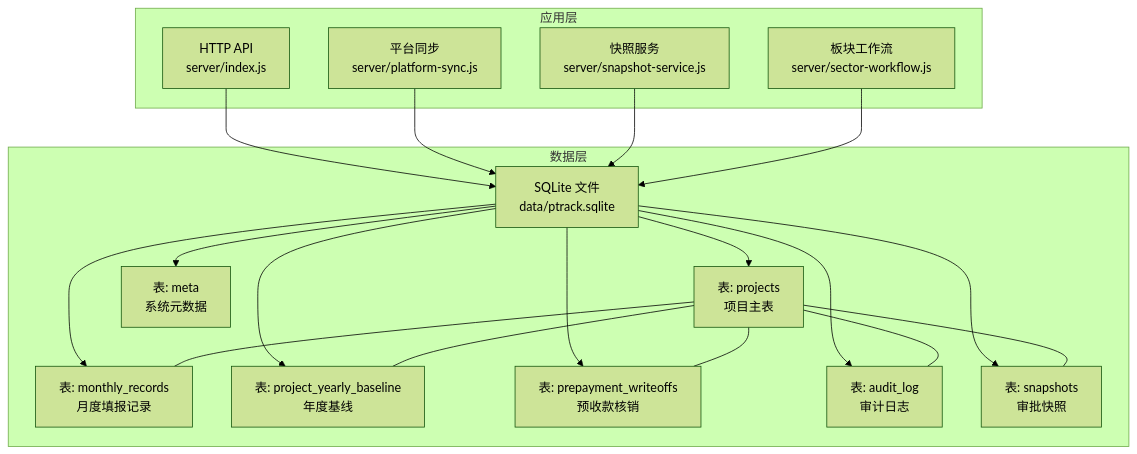
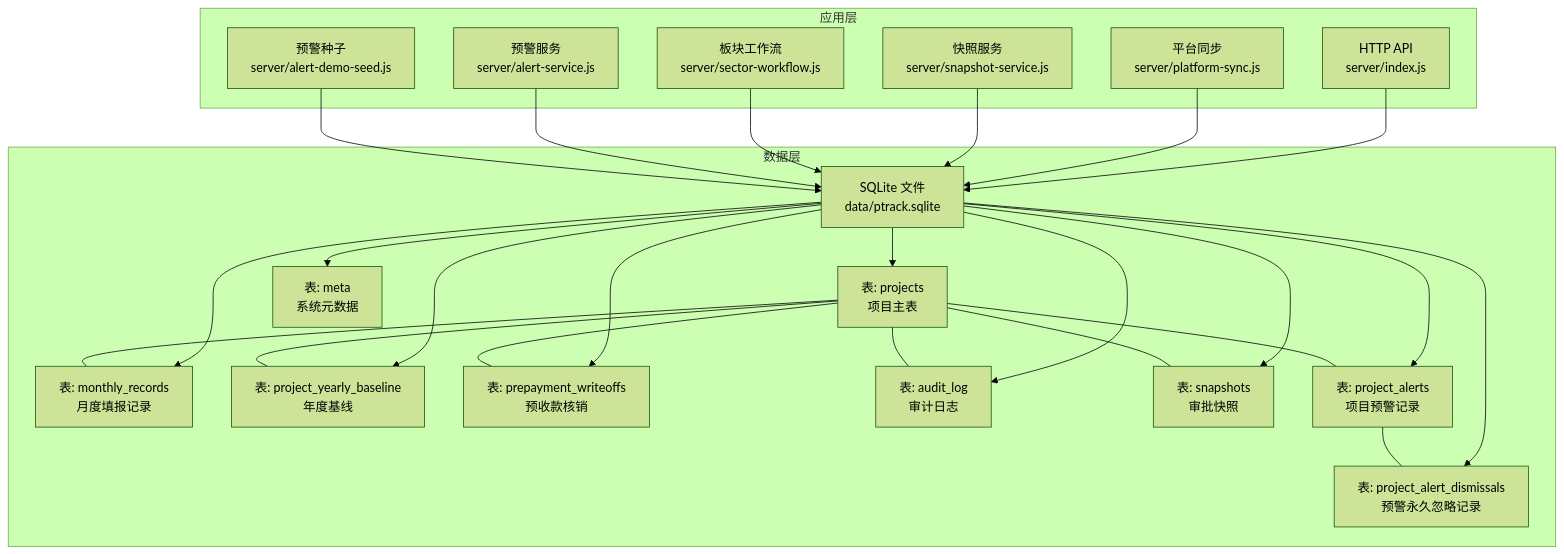
The first of 12 diagrams in .qoder/repowiki/zh/content/数据库设计.md (marcelxu0272/202605_project-tracking-table), drawn with Mermaid (forest theme) before and after one commit. The commit also changed other lines of this file and 8 other files, not shown here.

````diff
--- a/.qoder/repowiki/zh/content/数据库设计.md
+++ b/.qoder/repowiki/zh/content/数据库设计.md
@@ -46,35 +55,45 @@
 ```mermaid
 graph TB
 subgraph "应用层"
 API["HTTP API<br/>server/index.js"]
 Sync["平台同步<br/>server/platform-sync.js"]
 Snap["快照服务<br/>server/snapshot-service.js"]
 WF["板块工作流<br/>server/sector-workflow.js"]
+AlertSvc["预警服务<br/>server/alert-service.js"]
+AlertSeed["预警种子<br/>server/alert-demo-seed.js"]
 end
 subgraph "数据层"
 DB["SQLite 文件<br/>data/ptrack.sqlite"]
 Projects["表: projects<br/>项目主表"]
 Monthly["表: monthly_records<br/>月度填报记录"]
 Baseline["表: project_yearly_baseline<br/>年度基线"]
 Writeoff["表: prepayment_writeoffs<br/>预收款核销"]
 Audit["表: audit_log<br/>审计日志"]
 SnapTbl["表: snapshots<br/>审批快照"]
 Meta["表: meta<br/>系统元数据"]
+Alerts["表: project_alerts<br/>项目预警记录"]
+Dismissals["表: project_alert_dismissals<br/>预警永久忽略记录"]
 end
 API --> DB
 Sync --> DB
 Snap --> DB
 WF --> DB
+AlertSvc --> DB
+AlertSeed --> DB
 DB --> Projects
 DB --> Monthly
 DB --> Baseline
 DB --> Writeoff
 DB --> Audit
 DB --> SnapTbl
 DB --> Meta
+DB --> Alerts
+DB --> Dismissals
 Projects --- Monthly
 Projects --- Baseline
 Projects --- Writeoff
 Projects --- Audit
 Projects --- SnapTbl
+Projects --- Alerts
+Alerts --- Dismissals
 ```
````
